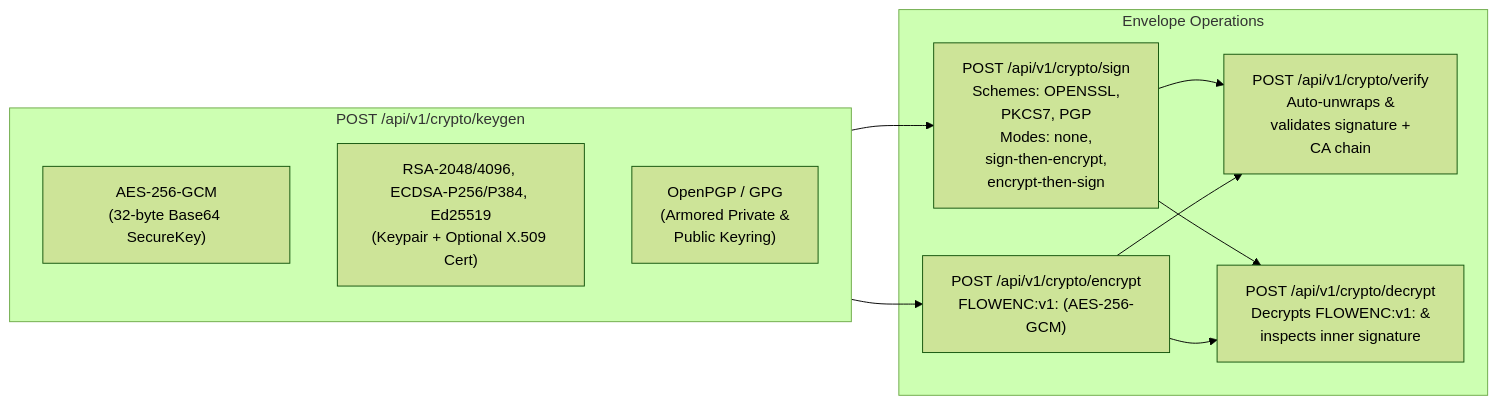
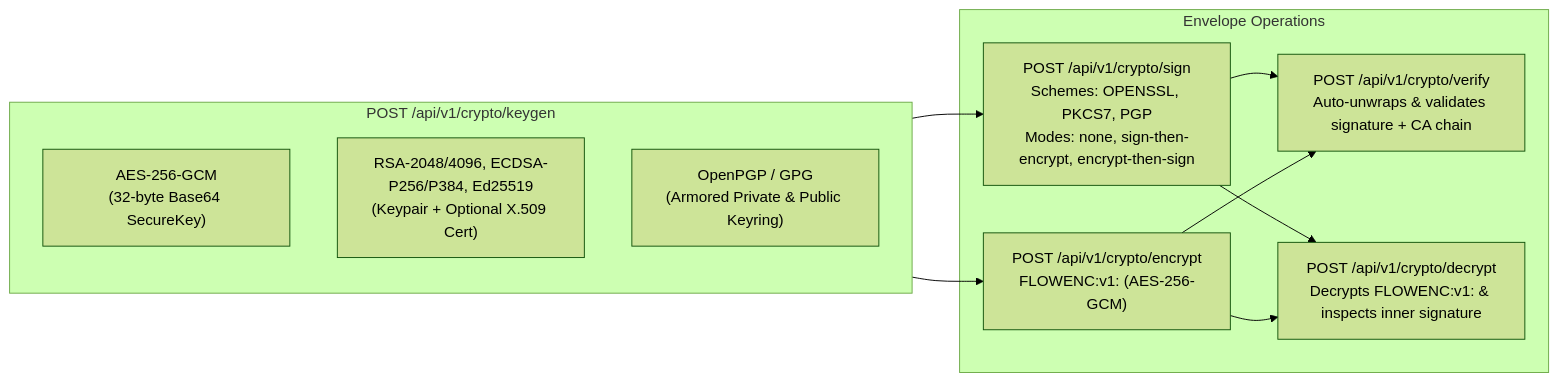
One commit to etl-madness/flow-docs changed the fifth of 6 diagrams in docs/guides/API_ENDPOINTS_REFERENCE.md. Above: the diagram before and after it, drawn with Mermaid (forest theme). The commit also changed other lines of this file and 98 other files, not shown here.

````diff
--- a/docs/guides/API_ENDPOINTS_REFERENCE.md
+++ b/docs/guides/API_ENDPOINTS_REFERENCE.md
@@ -402,18 +434,18 @@
 ```mermaid
 flowchart LR
     subgraph Keygen["POST /api/v1/crypto/keygen"]
         KG_SYM["AES-256-GCM<br/>(32-byte Base64 SecureKey)"]
-        KG_ASYM["RSA-2048/4096, <br/>ECDSA-P256/P384, Ed25519<br/>(Keypair + Optional X.509 Cert)"]
-        KG_PGP["OpenPGP / GPG<br/>(Armored Private &amp; <br/>Public Keyring)"]
+        KG_ASYM["RSA-2048/4096, ECDSA-P256/P384, Ed25519<br/>(Keypair + Optional X.509 Cert)"]
+        KG_PGP["OpenPGP / GPG<br/>(Armored Private &amp; Public Keyring)"]
     end
 
     subgraph Envelopes["Envelope Operations"]
-        SIGN["POST /api/v1/crypto/sign<br/>Schemes: OPENSSL,<br/> PKCS7, PGP<br/>Modes: none, <br/>sign-then-encrypt,<br/> encrypt-then-sign"]
+        SIGN["POST /api/v1/crypto/sign<br/>Schemes: OPENSSL, PKCS7, PGP<br/>Modes: none, sign-then-encrypt, encrypt-then-sign"]
         ENC["POST /api/v1/crypto/encrypt<br/>FLOWENC:v1: (AES-256-GCM)"]
-        VER["POST /api/v1/crypto/verify<br/>Auto-unwraps &amp; <br/>validates signature +<br/> CA chain"]
-        DEC["POST /api/v1/crypto/decrypt<br/>Decrypts FLOWENC:v1: &amp;<br/> inspects inner signature"]
+        VER["POST /api/v1/crypto/verify<br/>Auto-unwraps &amp; validates signature + CA chain"]
+        DEC["POST /api/v1/crypto/decrypt<br/>Decrypts FLOWENC:v1: &amp; inspects inner signature"]
     end
 
     Keygen --> SIGN & ENC
     SIGN & ENC --> VER & DEC
 ```
````
